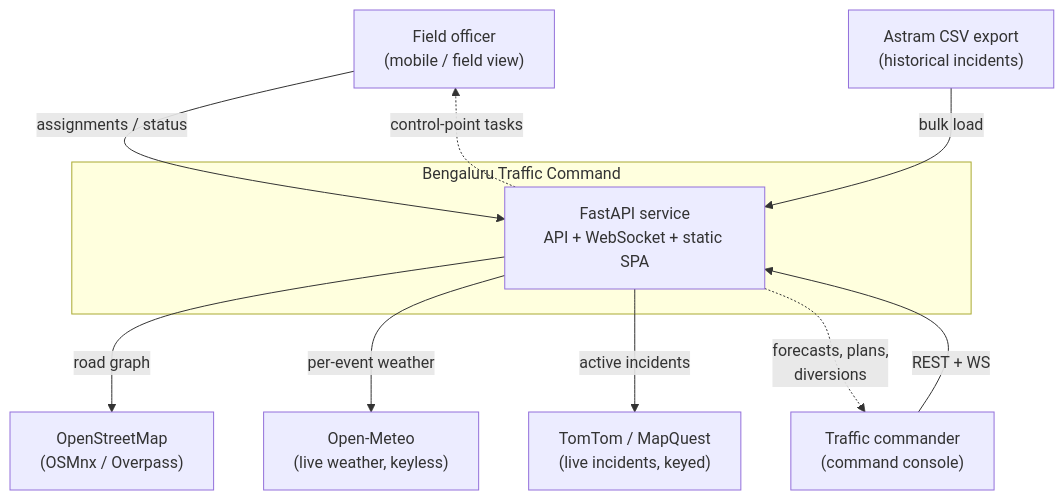
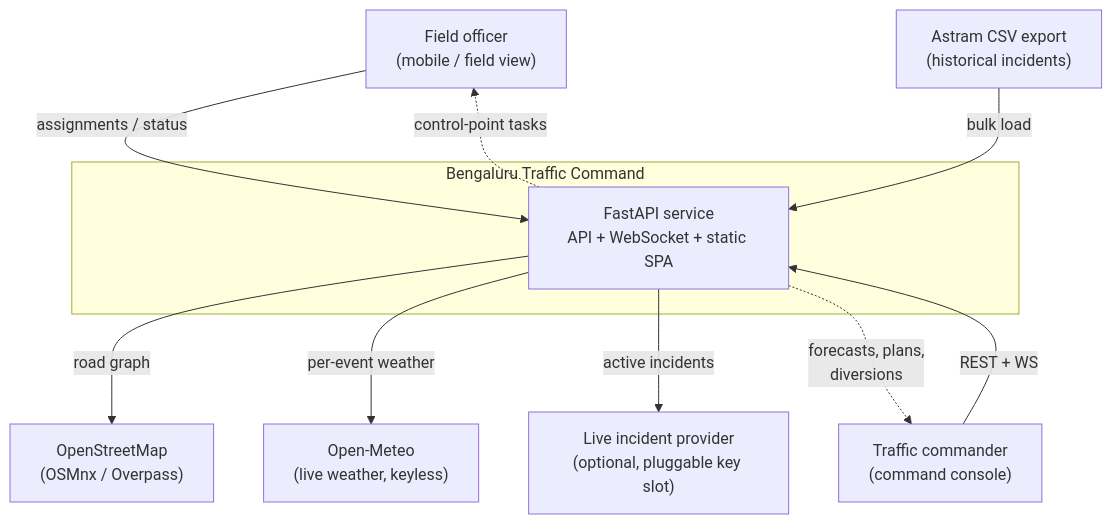
The first of 12 diagrams in ARCHITECTURE.md (Nishant333-stack/TrafficGrid), drawn with Mermaid before and after one commit. The commit also changed other lines of this file and 5 other files, not shown here.

````diff
--- a/ARCHITECTURE.md
+++ b/ARCHITECTURE.md
@@ -49,24 +49,24 @@
 ```mermaid
 flowchart TB
     officer["Field officer<br/>(mobile / field view)"]
     commander["Traffic commander<br/>(command console)"]
 
     subgraph platform["Bengaluru Traffic Command"]
         api["FastAPI service<br/>API + WebSocket + static SPA"]
     end
 
     osm["OpenStreetMap<br/>(OSMnx / Overpass)"]
     weather["Open-Meteo<br/>(live weather, keyless)"]
-    incidents["TomTom / MapQuest<br/>(live incidents, keyed)"]
+    incidents["Live incident provider<br/>(optional, pluggable key slot)"]
     astram["Astram CSV export<br/>(historical incidents)"]
 
     commander -->|"REST + WS"| api
     officer -->|"assignments / status"| api
     astram -->|"bulk load"| api
     api -->|"road graph"| osm
     api -->|"per-event weather"| weather
     api -->|"active incidents"| incidents
 
     api -.->|"forecasts, plans,<br/>diversions"| commander
     api -.->|"control-point tasks"| officer
 ```
````
